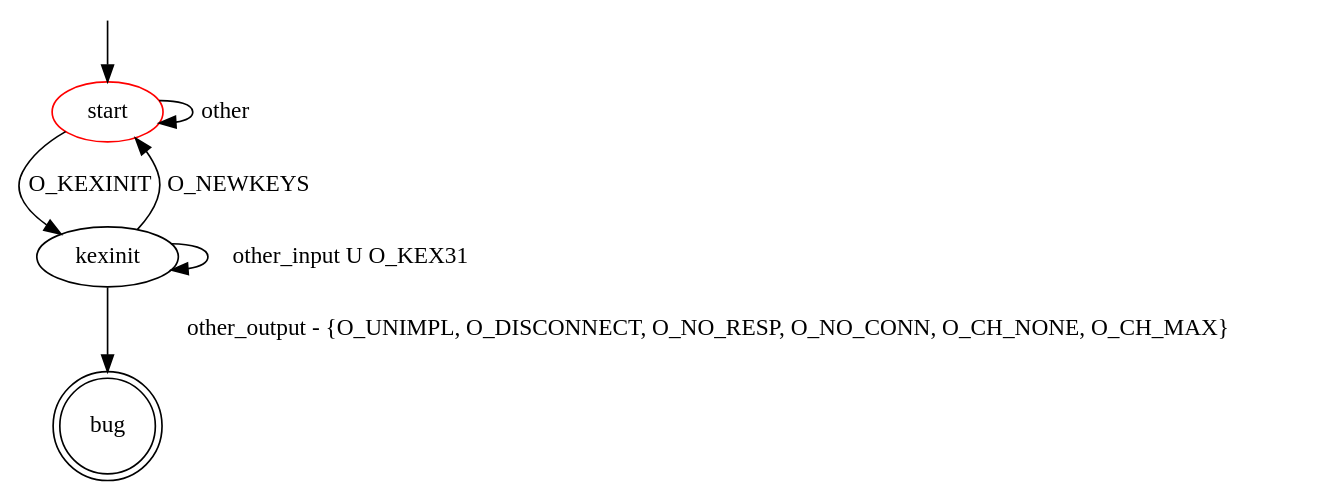
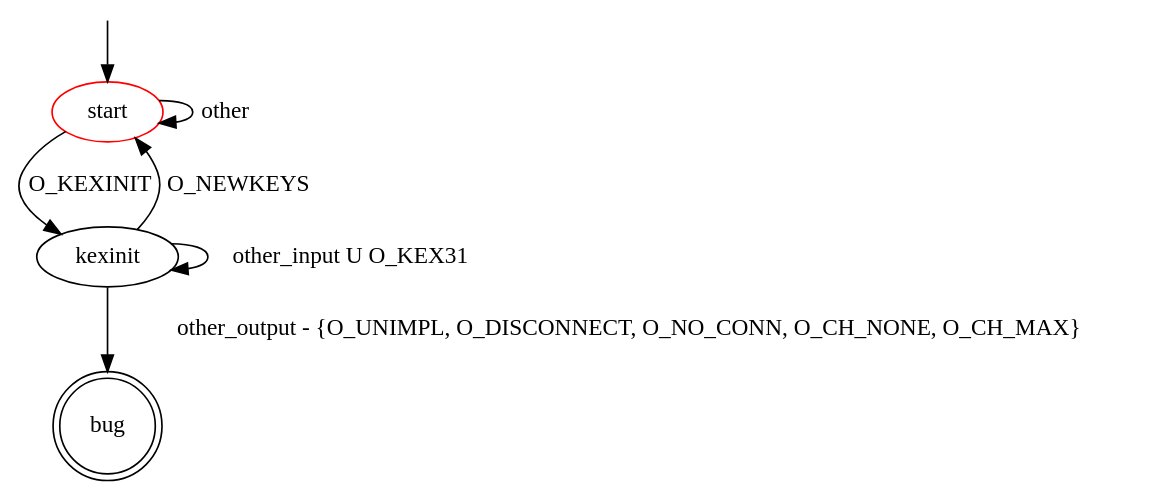
Before and after one commit to assist-project/state-machine-bug-finder: the diagram in src/main/resources/bugpatterns/ssh/invalid_response_before_newkeys.dot, drawn with Graphviz. The commit also changed 11 other files, not shown here.

Commit message:
Removed unspecified bug patterns. Retooled bug patterns to use NO_RESP as timeout

```diff
--- a/src/main/resources/bugpatterns/ssh/invalid_response_before_newkeys.dot
+++ b/src/main/resources/bugpatterns/ssh/invalid_response_before_newkeys.dot
@@ -1,14 +1,14 @@
 digraph G {
 label=""
 start [color="red"]
 bug [shape="doublecircle"]
 
 start -> kexinit [label="O_KEXINIT"]
 start -> start [label="other"]
-kexinit -> bug [label="other_output - {O_UNIMPL, O_DISCONNECT, O_NO_RESP, O_NO_CONN, O_CH_NONE, O_CH_MAX}"]
+kexinit -> bug [label="other_output - {O_UNIMPL, O_DISCONNECT, O_NO_CONN, O_CH_NONE, O_CH_MAX}"]
 kexinit -> start [label="O_NEWKEYS"]
 kexinit -> kexinit [label="other_input U O_KEX31"]
 
 __start0 [label="" shape="none" width="0" height="0"];
 __start0 -> start;
 }
```
